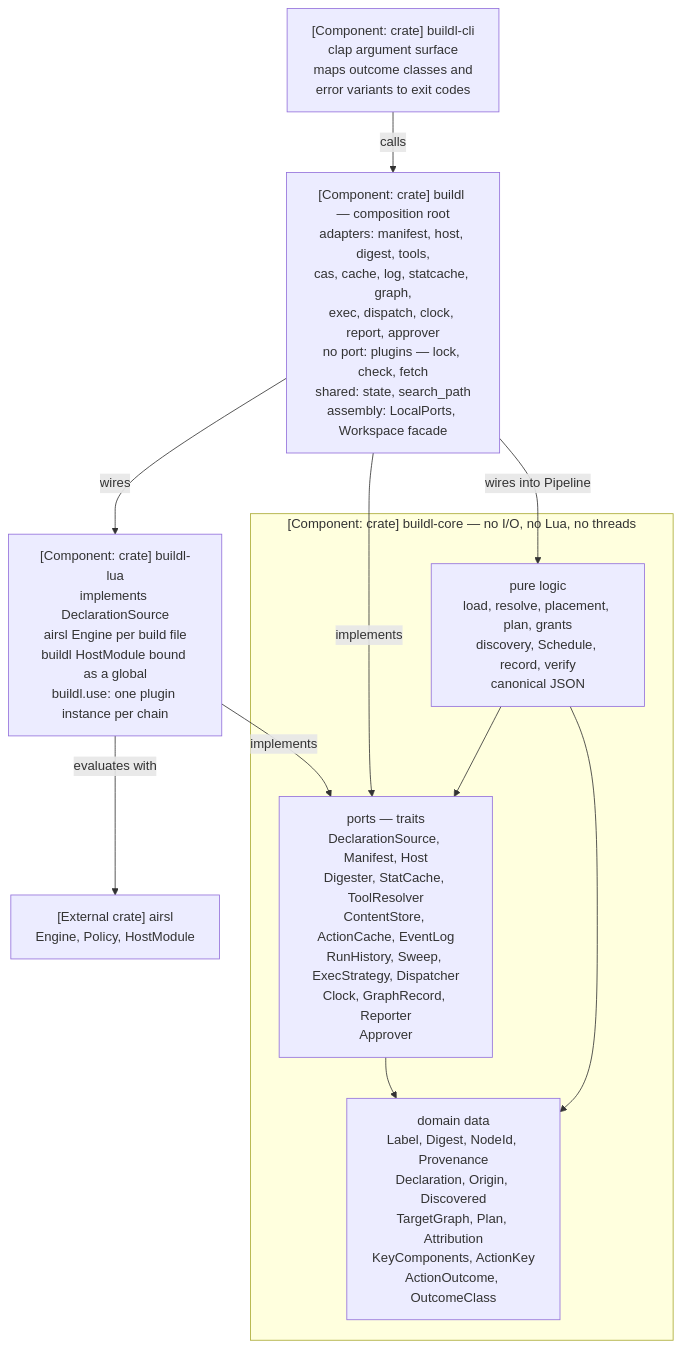
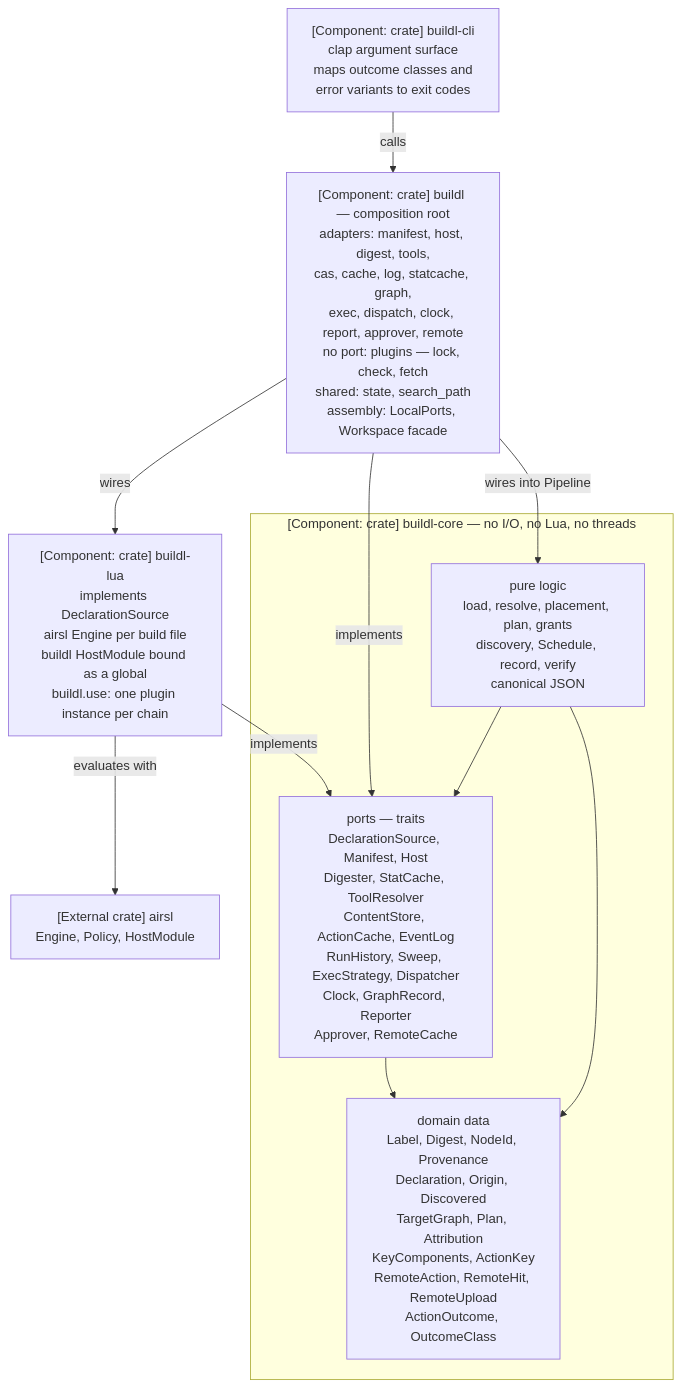
One commit to airsstack/buildl changed the fourth of 7 diagrams in docs/architecture-building-blocks.md. Above: the diagram before and after it, drawn with Mermaid. The commit also changed other lines of this file and 134 other files, not shown here.

First line of the commit message:
feat(repo): remote cache via REAPI (#17)

````diff
--- a/docs/architecture-building-blocks.md
+++ b/docs/architecture-building-blocks.md
@@ -104,22 +104,22 @@
 ```mermaid
 %% C4 level 3 — components inside the CLI process
 graph TD
     CLI["[Component: crate] buildl-cli<br/>clap argument surface<br/>maps outcome classes and<br/>error variants to exit codes"]
-    LIB["[Component: crate] buildl — composition root<br/>adapters: manifest, host, digest, tools,<br/>cas, cache, log, statcache, graph,<br/>exec, dispatch, clock, report, approver<br/>no port: plugins — lock, check, fetch<br/>shared: state, search_path<br/>assembly: LocalPorts, Workspace facade"]
+    LIB["[Component: crate] buildl — composition root<br/>adapters: manifest, host, digest, tools,<br/>cas, cache, log, statcache, graph,<br/>exec, dispatch, clock, report, approver, remote<br/>no port: plugins — lock, check, fetch<br/>shared: state, search_path<br/>assembly: LocalPorts, Workspace facade"]
     LUA["[Component: crate] buildl-lua<br/>implements DeclarationSource<br/>airsl Engine per build file<br/>buildl HostModule bound as a global<br/>buildl.use: one plugin instance per chain"]
     subgraph CORE["[Component: crate] buildl-core — no I/O, no Lua, no threads"]
-        DATA["domain data<br/>Label, Digest, NodeId, Provenance<br/>Declaration, Origin, Discovered<br/>TargetGraph, Plan, Attribution<br/>KeyComponents, ActionKey<br/>ActionOutcome, OutcomeClass"]
-        PORTS["ports — traits<br/>DeclarationSource, Manifest, Host<br/>Digester, StatCache, ToolResolver<br/>ContentStore, ActionCache, EventLog<br/>RunHistory, Sweep, ExecStrategy, Dispatcher<br/>Clock, GraphRecord, Reporter<br/>Approver"]
+        DATA["domain data<br/>Label, Digest, NodeId, Provenance<br/>Declaration, Origin, Discovered<br/>TargetGraph, Plan, Attribution<br/>KeyComponents, ActionKey<br/>RemoteAction, RemoteHit, RemoteUpload<br/>ActionOutcome, OutcomeClass"]
+        PORTS["ports — traits<br/>DeclarationSource, Manifest, Host<br/>Digester, StatCache, ToolResolver<br/>ContentStore, ActionCache, EventLog<br/>RunHistory, Sweep, ExecStrategy, Dispatcher<br/>Clock, GraphRecord, Reporter<br/>Approver, RemoteCache"]
         LOGIC["pure logic<br/>load, resolve, placement, plan, grants<br/>discovery, Schedule, record, verify<br/>canonical JSON"]
     end
     AIRSL["[External crate] airsl<br/>Engine, Policy, HostModule"]
     CLI -->|"calls"| LIB
     LIB -->|"wires"| LUA
     LIB -->|"implements"| PORTS
     LIB -->|"wires into Pipeline"| LOGIC
     LUA -->|"implements"| PORTS
     LUA -->|"evaluates with"| AIRSL
     LOGIC --> PORTS
     LOGIC --> DATA
     PORTS --> DATA
 ```
````
